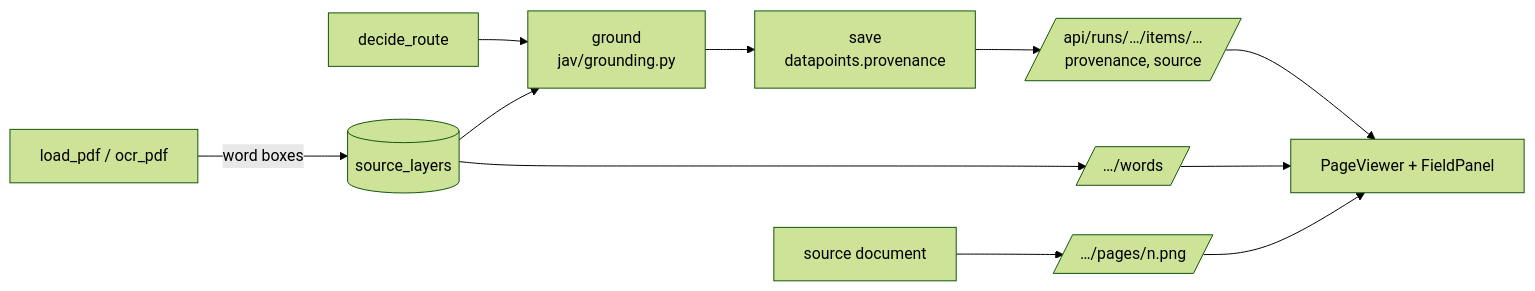
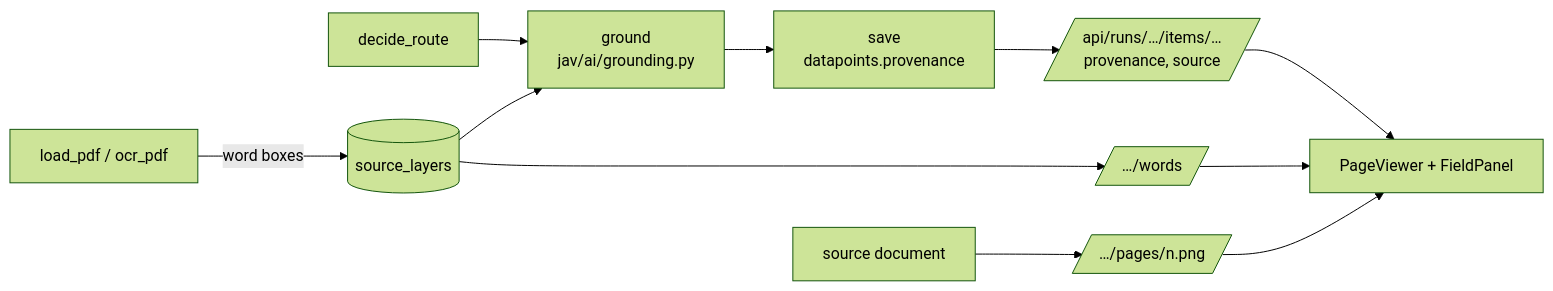
One commit to kassaiattila/58_JEV_AI changed the third of 4 diagrams in docs/ARCHITECTURE.md. Above: the diagram before and after it, drawn with Mermaid (forest theme). The commit also changed other lines of this file and 273 other files, not shown here.

````diff
--- a/docs/ARCHITECTURE.md
+++ b/docs/ARCHITECTURE.md
@@ -396,12 +396,12 @@
 ```mermaid
 flowchart LR
   LOAD[load_pdf / ocr_pdf] -->|word boxes| SL[(source_layers)]
-  DR[decide_route] --> G[ground<br/>jav/grounding.py] --> SAVE[save<br/>datapoints.provenance]
+  DR[decide_route] --> G[ground<br/>jav/ai/grounding.py] --> SAVE[save<br/>datapoints.provenance]
   SL --> G
   SAVE --> API[/api/runs/…/items/…<br/>provenance, source/]
   SL --> W[/…/words/]
   PDF[source document] --> IMG[/…/pages/n.png/]
   API --> UI[PageViewer + FieldPanel]
   W --> UI
   IMG --> UI
 ```
````
